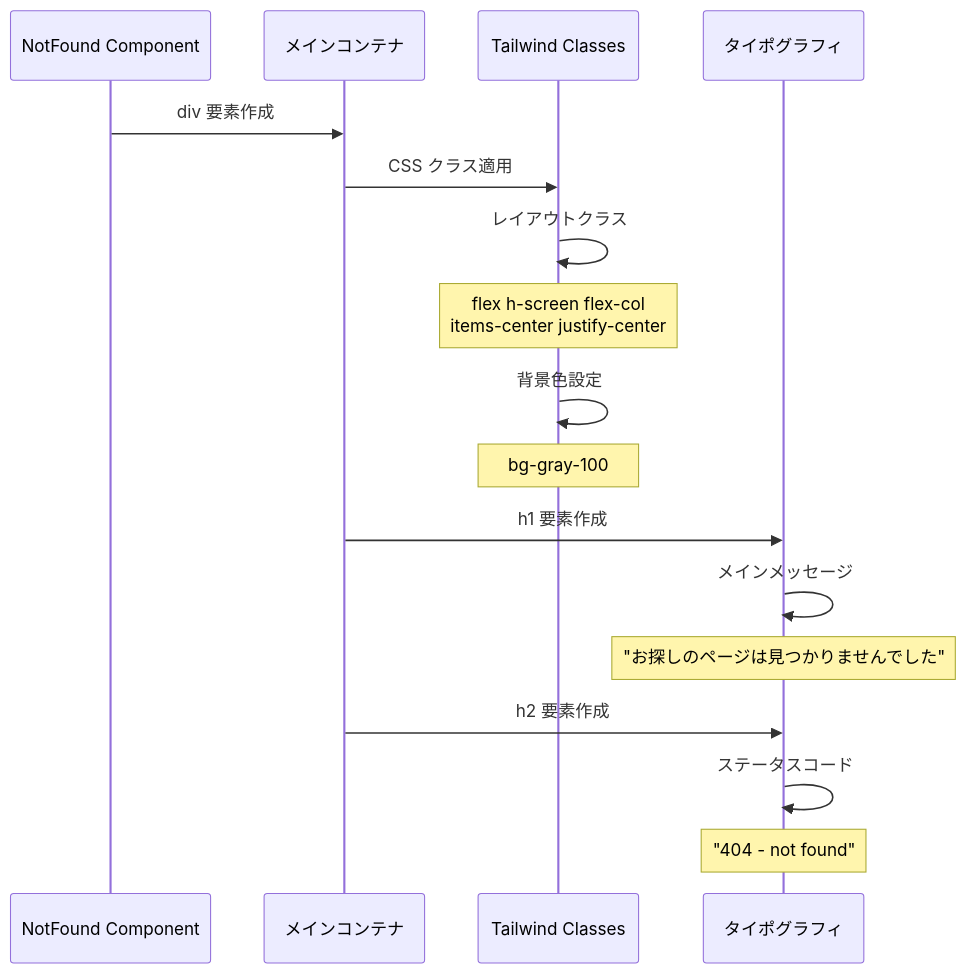
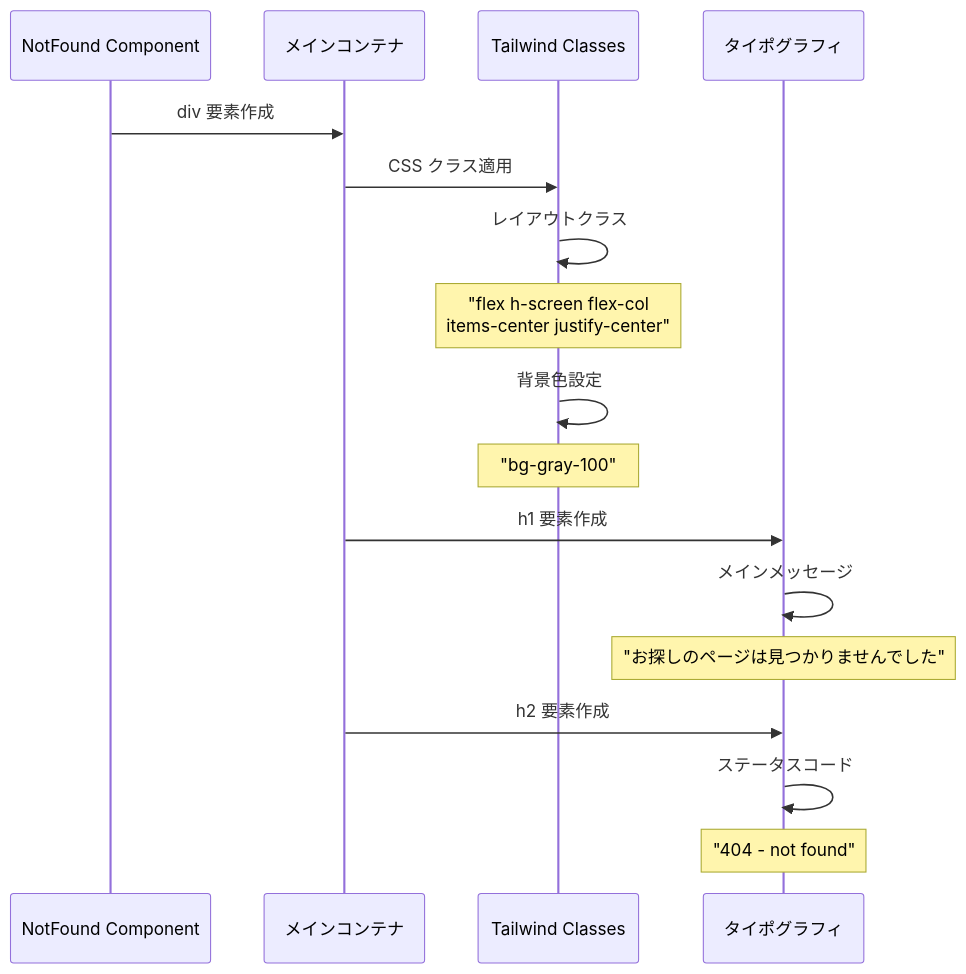
The third of 9 diagrams in document/pages/sequence/not-found.md (wasabi49/ocs-systemDevelopmentExercises), drawn with Mermaid before and after one commit. The commit also changed other lines of this file and 42 other files, not shown here.

First line of the commit message:
fix: mermaidシーケンス図のNote over文でダブルクォーテーション不足を修正

````diff
--- a/document/pages/sequence/not-found.md
+++ b/document/pages/sequence/not-found.md
@@ -52,24 +52,24 @@
 ```mermaid
 sequenceDiagram
     participant NotFound as NotFound Component
     participant Container as メインコンテナ
     participant TailwindCSS as Tailwind Classes
     participant Typography as タイポグラフィ
 
     NotFound->>Container: div 要素作成
     Container->>TailwindCSS: CSS クラス適用
     
     TailwindCSS->>TailwindCSS: レイアウトクラス
-    Note over TailwindCSS: flex h-screen flex-col<br/>items-center justify-center
+    Note over TailwindCSS: "flex h-screen flex-col<br/>items-center justify-center"
     
     TailwindCSS->>TailwindCSS: 背景色設定
-    Note over TailwindCSS: bg-gray-100
+    Note over TailwindCSS: "bg-gray-100"
     
     Container->>Typography: h1 要素作成
     Typography->>Typography: メインメッセージ
     Note over Typography: "お探しのページは見つかりませんでした"
     
     Container->>Typography: h2 要素作成
     Typography->>Typography: ステータスコード
     Note over Typography: "404 - not found"
 ```
````
